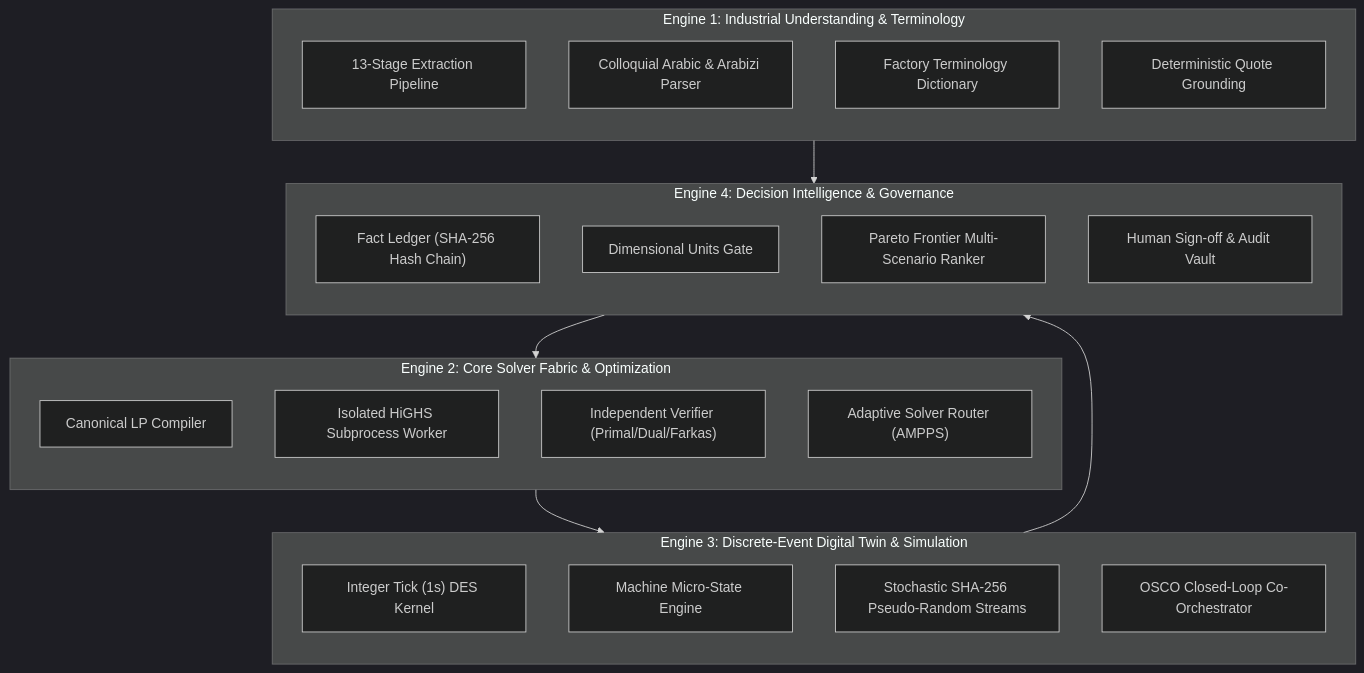
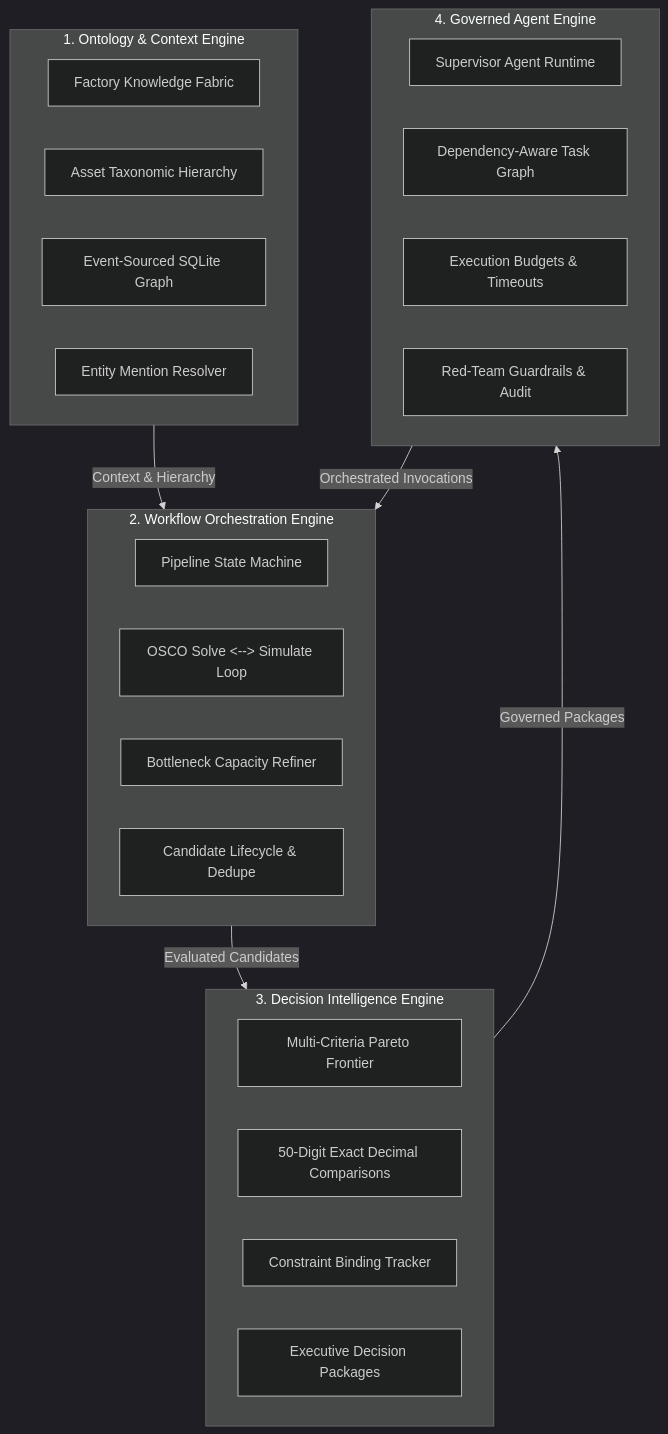
The fourth of 6 diagrams in docs/qorvexa/QORVEXA_MASTER_PROJECT_AND_TEAM_BLUEPRINT.md (Mohamed-Osama-ai7/QORVEXA), drawn with Mermaid (dark theme) before and after one commit. The commit also changed other lines of this file, not shown here.

Commit message:
docs(blueprint): align master document with canonical platform architecture

````diff
--- a/docs/qorvexa/QORVEXA_MASTER_PROJECT_AND_TEAM_BLUEPRINT.md
+++ b/docs/qorvexa/QORVEXA_MASTER_PROJECT_AND_TEAM_BLUEPRINT.md
@@ -126,39 +142,35 @@
 ```mermaid
 flowchart TD
-    subgraph E1["Engine 1: Industrial Understanding & Terminology"]
-        direction TB
-        E1_1["13-Stage Extraction Pipeline"]
-        E1_2["Colloquial Arabic & Arabizi Parser"]
-        E1_3["Factory Terminology Dictionary"]
-        E1_4["Deterministic Quote Grounding"]
+    subgraph E1["1. Ontology & Context Engine"]
+        E1_1["Factory Knowledge Fabric"]
+        E1_2["Asset Taxonomic Hierarchy"]
+        E1_3["Event-Sourced SQLite Graph"]
+        E1_4["Entity Mention Resolver"]
     end
 
-    subgraph E2["Engine 2: Core Solver Fabric & Optimization"]
-        direction TB
-        E2_1["Canonical LP Compiler"]
-        E2_2["Isolated HiGHS Subprocess Worker"]
-        E2_3["Independent Verifier (Primal/Dual/Farkas)"]
-        E2_4["Adaptive Solver Router (AMPPS)"]
+    subgraph E2["2. Workflow Orchestration Engine"]
+        E2_1["Pipeline State Machine"]
+        E2_2["OSCO Solve <--> Simulate Loop"]
+        E2_3["Bottleneck Capacity Refiner"]
+        E2_4["Candidate Lifecycle & Dedupe"]
     end
 
-    subgraph E3["Engine 3: Discrete-Event Digital Twin & Simulation"]
-        direction TB
-        E3_1["Integer Tick (1s) DES Kernel"]
-        E3_2["Machine Micro-State Engine"]
-        E3_3["Stochastic SHA-256 Pseudo-Random Streams"]
-        E3_4["OSCO Closed-Loop Co-Orchestrator"]
+    subgraph E3["3. Decision Intelligence Engine"]
+        E3_1["Multi-Criteria Pareto Frontier"]
+        E3_2["50-Digit Exact Decimal Comparisons"]
+        E3_3["Constraint Binding Tracker"]
+        E3_4["Executive Decision Packages"]
     end
 
-    subgraph E4["Engine 4: Decision Intelligence & Governance"]
-        direction TB
-        E4_1["Fact Ledger (SHA-256 Hash Chain)"]
-        E4_2["Dimensional Units Gate"]
-        E4_3["Pareto Frontier Multi-Scenario Ranker"]
-        E4_4["Human Sign-off & Audit Vault"]
+    subgraph E4["4. Governed Agent Engine"]
+        E4_1["Supervisor Agent Runtime"]
+        E4_2["Dependency-Aware Task Graph"]
+        E4_3["Execution Budgets & Timeouts"]
+        E4_4["Red-Team Guardrails & Audit"]
     end
 
-    E1 --> E4
-    E4 --> E2
-    E2 --> E3
-    E3 --> E4
+    E1 -->|Context & Hierarchy| E2
+    E2 -->|Evaluated Candidates| E3
+    E4 -->|Orchestrated Invocations| E2
+    E3 -->|Governed Packages| E4
 ```
````
